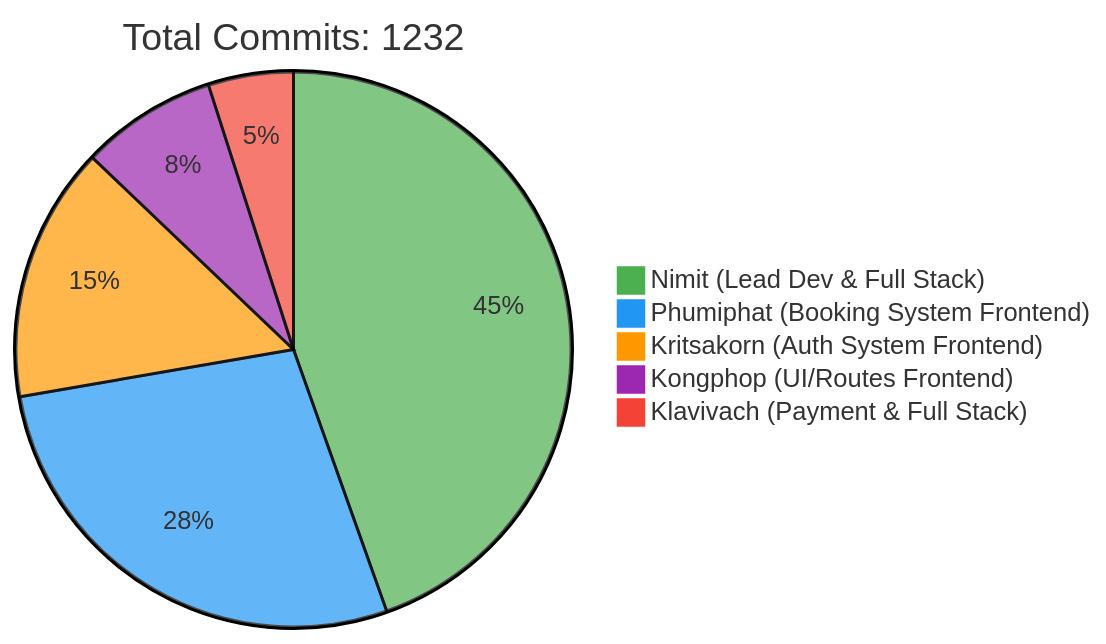
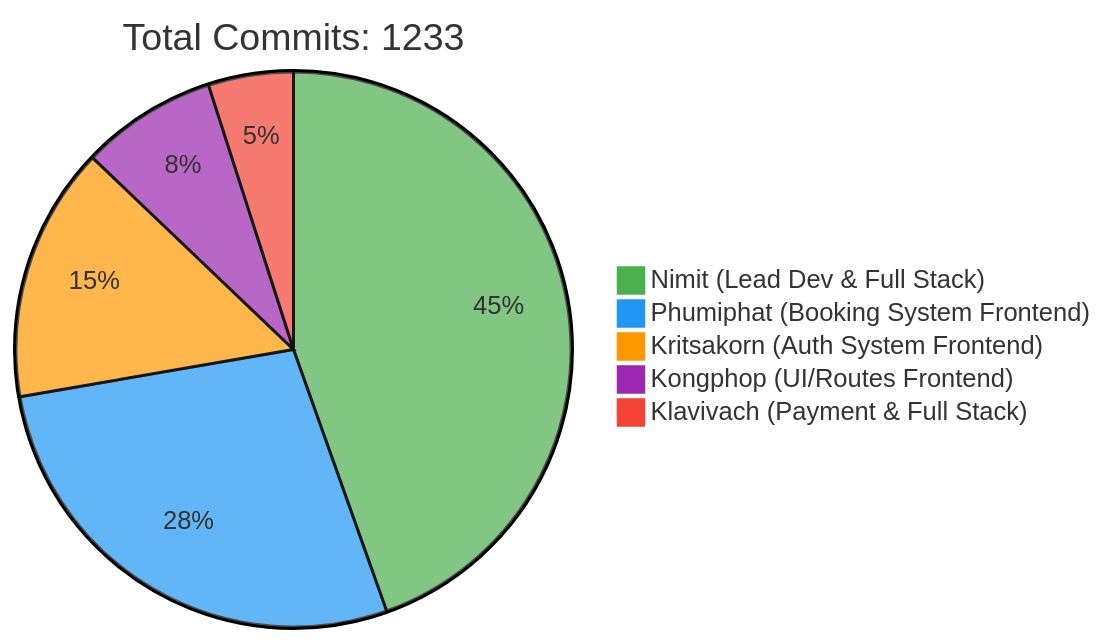
Before and after one commit to 6531503042/Sport-Complex: the first of 2 diagrams in README.md, drawn with Mermaid. The commit also changed other lines of this file, not shown here.

Commit message:
docs: Update contributor statistics [skip ci]

````diff
--- a/README.md
+++ b/README.md
@@ -257,10 +257,10 @@
 ```mermaid
 %%{init: {'theme': 'base', 'themeVariables': { 'pie1': '#4CAF50', 'pie2': '#2196F3', 'pie3': '#FF9800', 'pie4': '#9C27B0', 'pie5': '#F44336'}}}%%
 pie
-    title Total Commits: 1232
+    title Total Commits: 1233
     "Nimit (Lead Dev & Full Stack)" : 450
     "Phumiphat (Booking System Frontend)" : 280
     "Kritsakorn (Auth System Frontend)" : 150
     "Kongphop (UI/Routes Frontend)" : 80
     "Klavivach (Payment & Full Stack)" : 50
 ```
````
